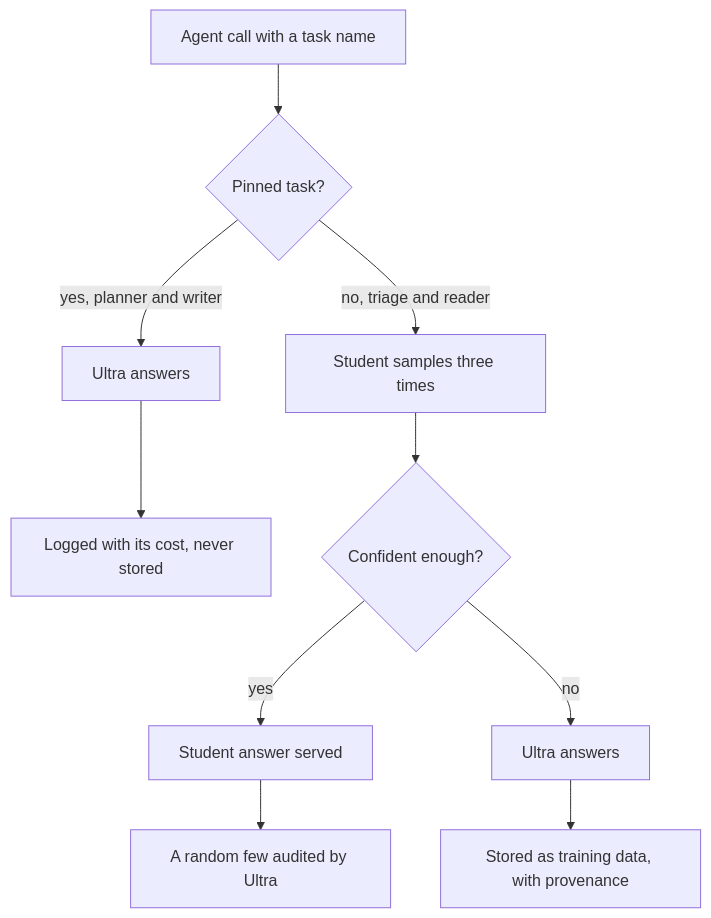
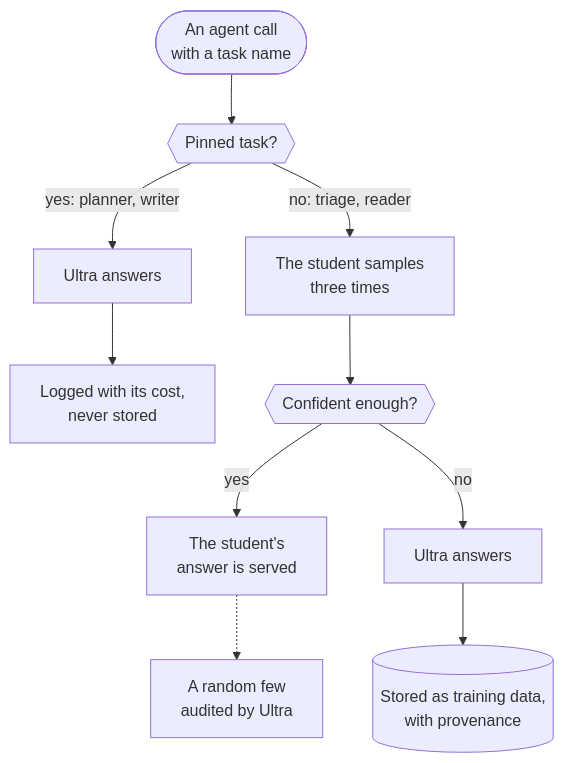
Before and after one commit to harshbhx/ratchet: the third of 4 diagrams in docs-site/src/content/docs/guides/scout.mdx, drawn with Mermaid. The commit also changed other lines of this file and 25 other files, not shown here.

````diff
--- a/docs-site/src/content/docs/guides/scout.mdx
+++ b/docs-site/src/content/docs/guides/scout.mdx
@@ -116,12 +140,17 @@
 ```mermaid
-flowchart TD
-  A["Agent call with a task name"] --> P{"Pinned task?"}
-  P -->|"yes, planner and writer"| U["Ultra answers"]
-  U --> L["Logged with its cost, never stored"]
-  P -->|"no, triage and reader"| S["Student samples three times"]
-  S --> C{"Confident enough?"}
-  C -->|yes| SV["Student answer served"]
+flowchart TB
+  A(["An agent call<br/>with a task name"]) --> P{{"Pinned task?"}}
+  P -->|"yes: planner, writer"| U["Ultra answers"]
+  U --> L["Logged with its cost,<br/>never stored"]
+  P -->|"no: triage, reader"| S["The student samples<br/>three times"]
+  S --> C{{"Confident enough?"}}
+  C -->|yes| SV["The student's<br/>answer is served"]
   C -->|no| E["Ultra answers"]
-  E --> T["Stored as training data, with provenance"]
-  SV --> AU["A random few audited by Ultra"]
+  E --> T[("Stored as training data,<br/>with provenance")]
+  SV -.-> AU["A random few<br/>audited by Ultra"]
+
+  class P,C gate
+  class U,E,AU teacher
+  class S,SV student
+  class T store
 ```
````
